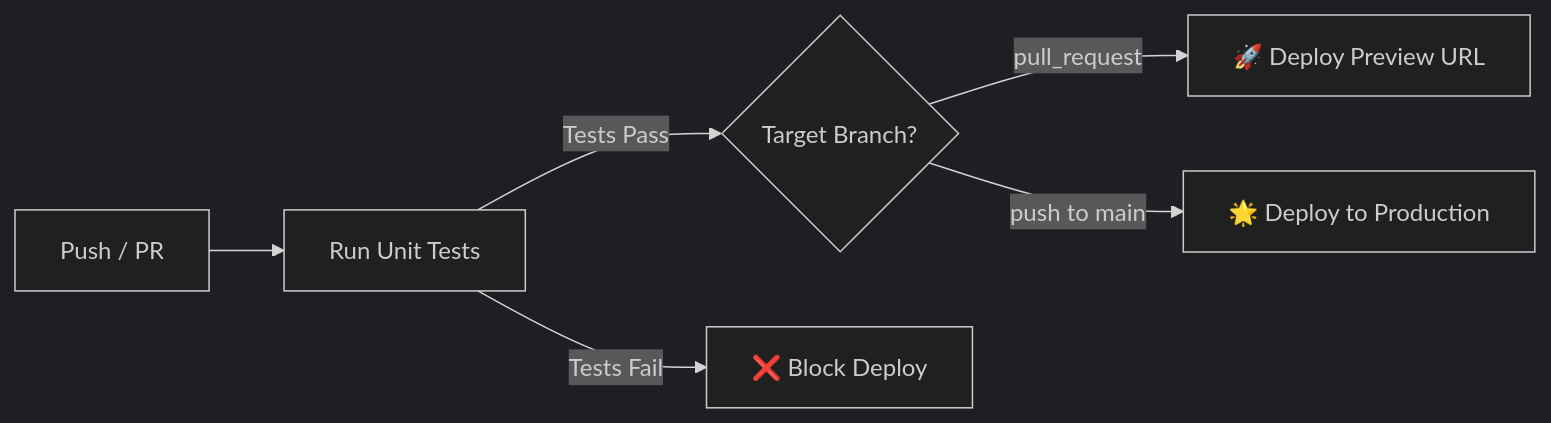
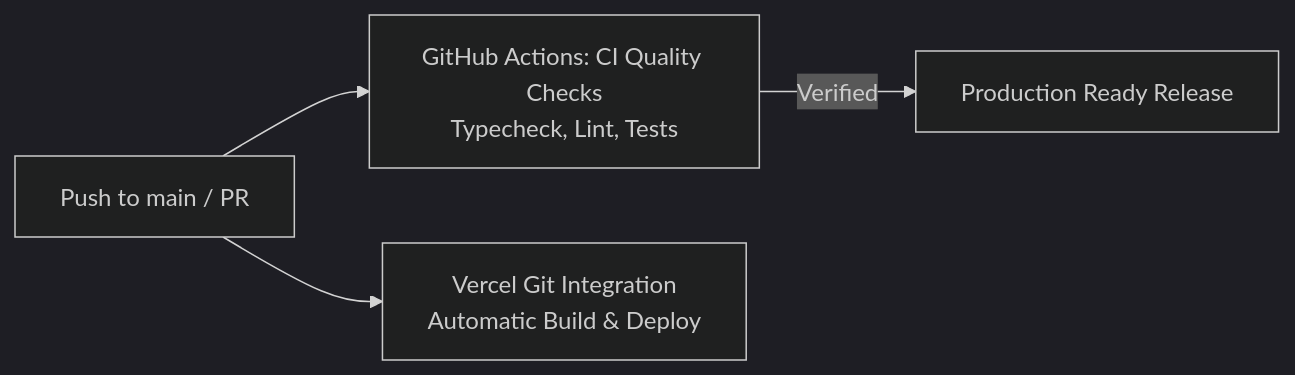
One commit to SanghpalBhakte/Sift changed the diagram in README.md. Above: the diagram before and after it, drawn with Mermaid (dark theme). The commit also changed other lines of this file and 6 other files, not shown here.

Commit message:
ci: streamline workflow to native Vercel Git deployments and clean quality checks

````diff
--- a/README.md
+++ b/README.md
@@ -121,8 +121,6 @@
 ```mermaid
 flowchart LR
-    A[Push / PR] --> B[Run Unit Tests]
-    B -->|Tests Pass| C{Target Branch?}
-    B -->|Tests Fail| D[❌ Block Deploy]
-    C -->|pull_request| E[🚀 Deploy Preview URL]
-    C -->|push to main| F[🌟 Deploy to Production]
+    A[Push to main / PR] --> B[GitHub Actions: CI Quality Checks\nTypecheck, Lint, Tests]
+    A --> C[Vercel Git Integration\nAutomatic Build & Deploy]
+    B -->|Verified| D[Production Ready Release]
 ```
````
